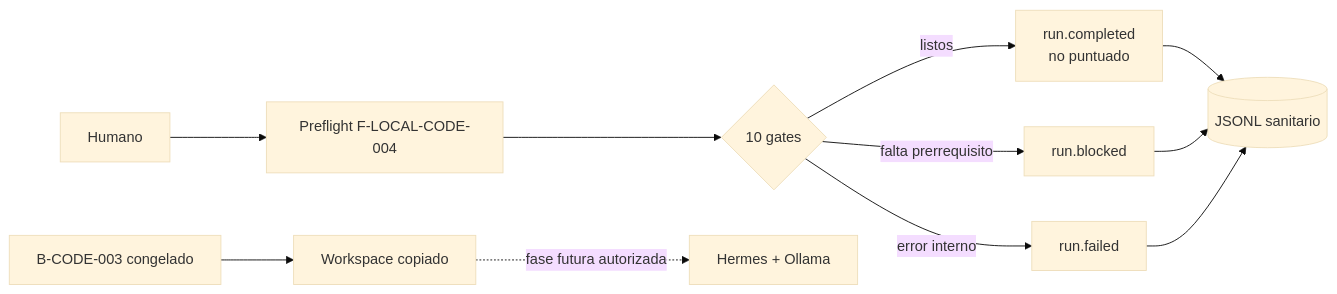
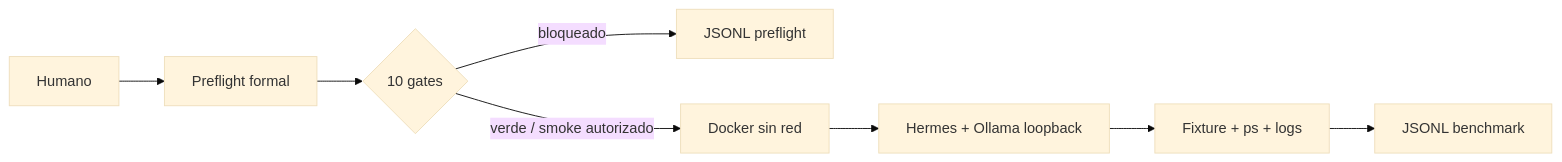
The diagram in 14-local-code-hermes/docs/humano/README.md (Cristrva1/BL_Loops), drawn with Mermaid (base theme) before and after one commit. The commit also changed other lines of this file and 89 other files, not shown here.

Commit message:
feat: expand curator research and Hermes benchmark

````diff
--- a/14-local-code-hermes/docs/humano/README.md
+++ b/14-local-code-hermes/docs/humano/README.md
@@ -7,13 +7,10 @@
 ```mermaid
 flowchart LR
-    H[Humano] --> P[Preflight F-LOCAL-CODE-004]
+    H[Humano] --> P[Preflight formal]
     P --> C{10 gates}
-    C -->|listos| OK[run.completed\nno puntuado]
-    C -->|falta prerrequisito| B[run.blocked]
-    C -->|error interno| F[run.failed]
-    OK --> J[(JSONL sanitario)]
-    B --> J
-    F --> J
-    X[B-CODE-003 congelado] --> W[Workspace copiado]
-    W -. fase futura autorizada .-> HR[Hermes + Ollama]
+    C -->|bloqueado| B[JSONL preflight]
+    C -->|verde / smoke autorizado| D[Docker sin red]
+    D --> HR[Hermes + Ollama loopback]
+    HR --> V[Fixture + ps + logs]
+    V --> J[JSONL benchmark]
 ```
````
